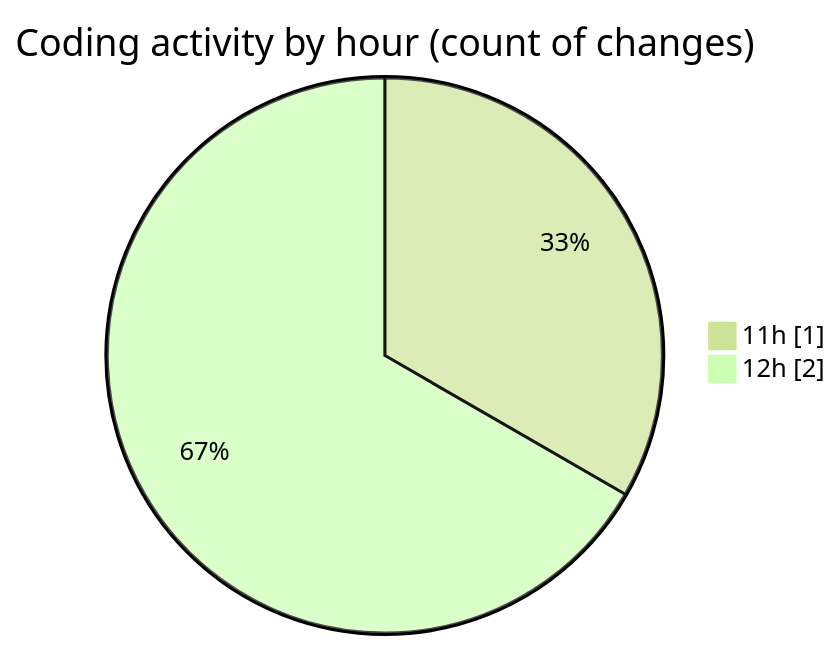
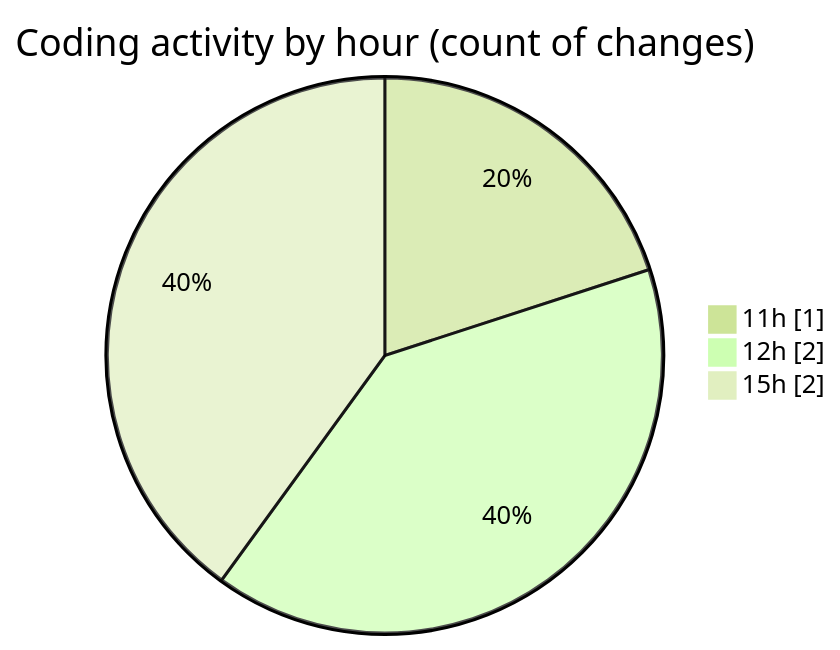
One commit to ricardozamudiocil/code-tracking changed the second of 2 diagrams in 2026-11-05/cilapp/README.md. Above: the diagram before and after it, drawn with Mermaid (forest theme). The commit also changed other lines of this file and 1 other file, not shown here.

````diff
--- a/2026-11-05/cilapp/README.md
+++ b/2026-11-05/cilapp/README.md
@@ -30,6 +33,7 @@
 ```mermaid
 pie showData
 title Coding activity by hour (count of changes)
 "11h" : 1
 "12h" : 2
+"15h" : 2
 ```
````
